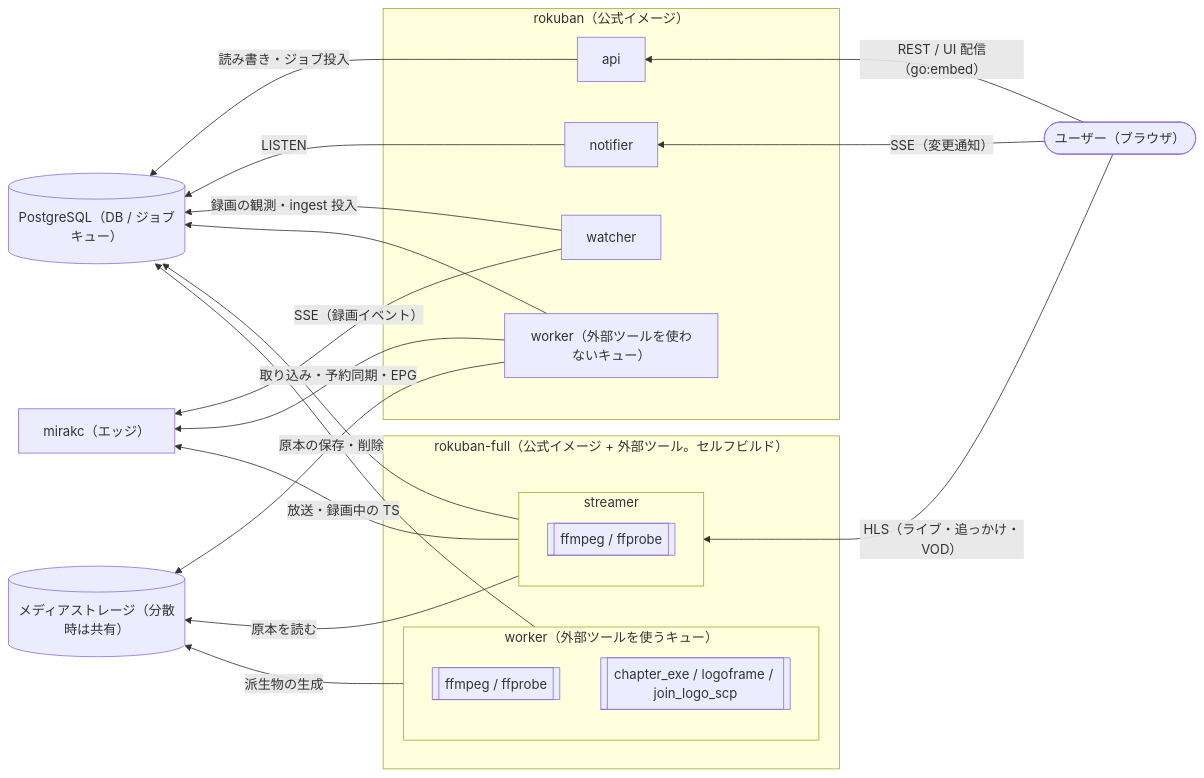
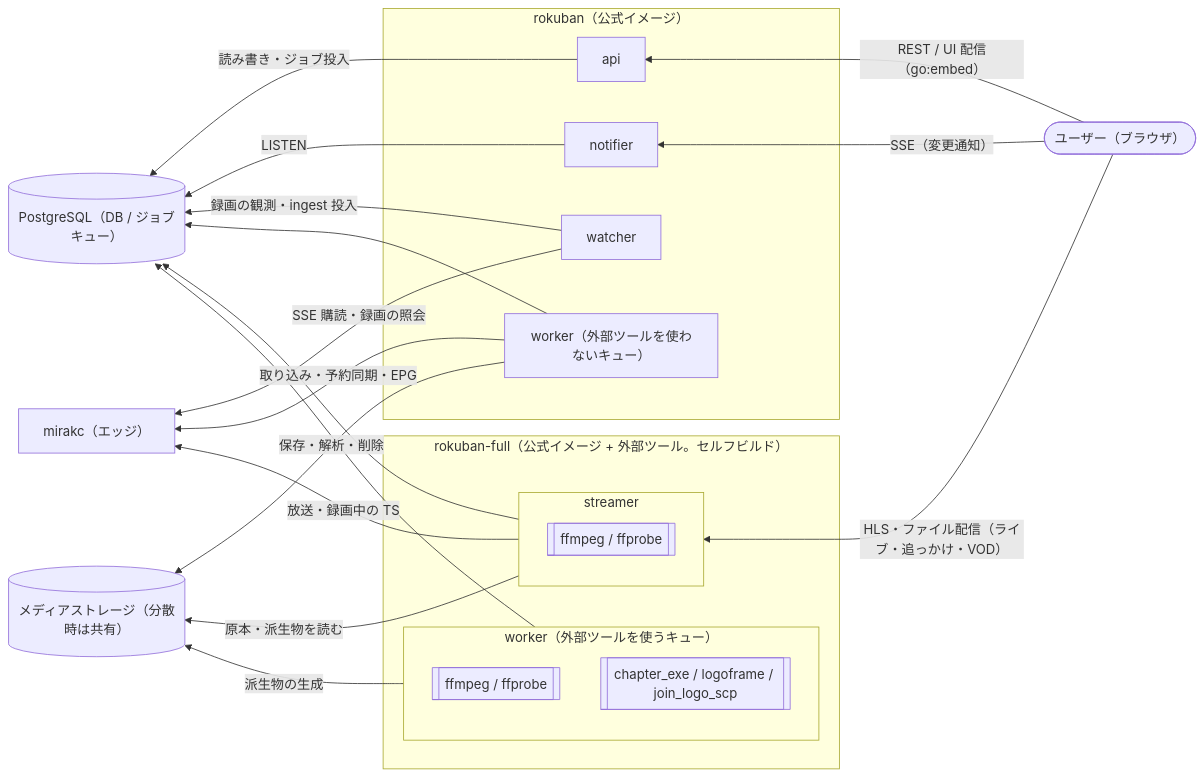
The diagram in README.md (fetburner/rokuban), drawn with Mermaid before and after one commit. The commit also changed 1 other file, not shown here.

Commit message:
docs: 構成図のレビュー指摘を反映する
- streamer は原本だけでなく派生物・サムネイルもファイル配信する
- watcher は SSE に加えて REST で録画を照会する
- 外部ツールを使わない worker は解析・削除・カタログも書く
- depguard の判定を件数ではなく対象で書き、mediapath を明記する
- イメージの割り当てを判定するテストの場所を書く

````diff
--- a/README.md
+++ b/README.md
@@ -16,37 +16,37 @@
 ```mermaid
 flowchart RL
     user(["ユーザー（ブラウザ）"])
     subgraph official["rokuban（公式イメージ）"]
         watcher
         worker["worker（外部ツールを使わないキュー）"]
         api
         notifier
     end
     subgraph full["rokuban-full（公式イメージ + 外部ツール。セルフビルド）"]
         subgraph streamer["streamer"]
             sff[["ffmpeg / ffprobe"]]
         end
         subgraph fworker["worker（外部ツールを使うキュー）"]
             wff[["ffmpeg / ffprobe"]]
             cm[["chapter_exe / logoframe / join_logo_scp"]]
         end
     end
     mirakc["mirakc（エッジ）"]
     pg[("PostgreSQL（DB / ジョブキュー）")]
     media[("メディアストレージ（分散時は共有）")]
     user -->|"REST / UI 配信（go:embed）"| api
     user -->|"SSE（変更通知）"| notifier
-    user -->|"HLS（ライブ・追っかけ・VOD）"| streamer
+    user -->|"HLS・ファイル配信（ライブ・追っかけ・VOD）"| streamer
     api -->|"読み書き・ジョブ投入"| pg
     notifier -->|"LISTEN"| pg
     watcher -->|"録画の観測・ingest 投入"| pg
-    watcher -->|"SSE（録画イベント）"| mirakc
+    watcher -->|"SSE 購読・録画の照会"| mirakc
     worker --> pg
     worker -->|"取り込み・予約同期・EPG"| mirakc
-    worker -->|"原本の保存・削除"| media
+    worker -->|"保存・解析・削除"| media
     streamer -->|"放送・録画中の TS"| mirakc
-    streamer -->|"原本を読む"| media
+    streamer -->|"原本・派生物を読む"| media
     streamer --> pg
     fworker -->|"派生物の生成"| media
     fworker --> pg
 ```
````
